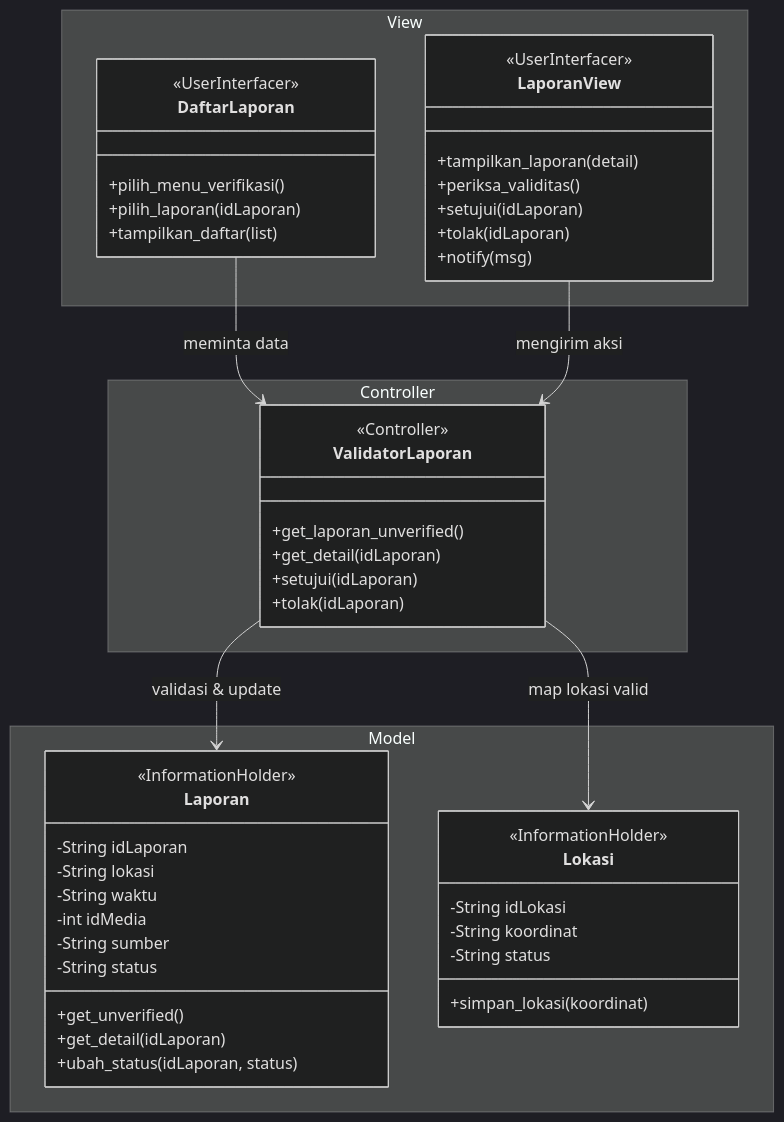
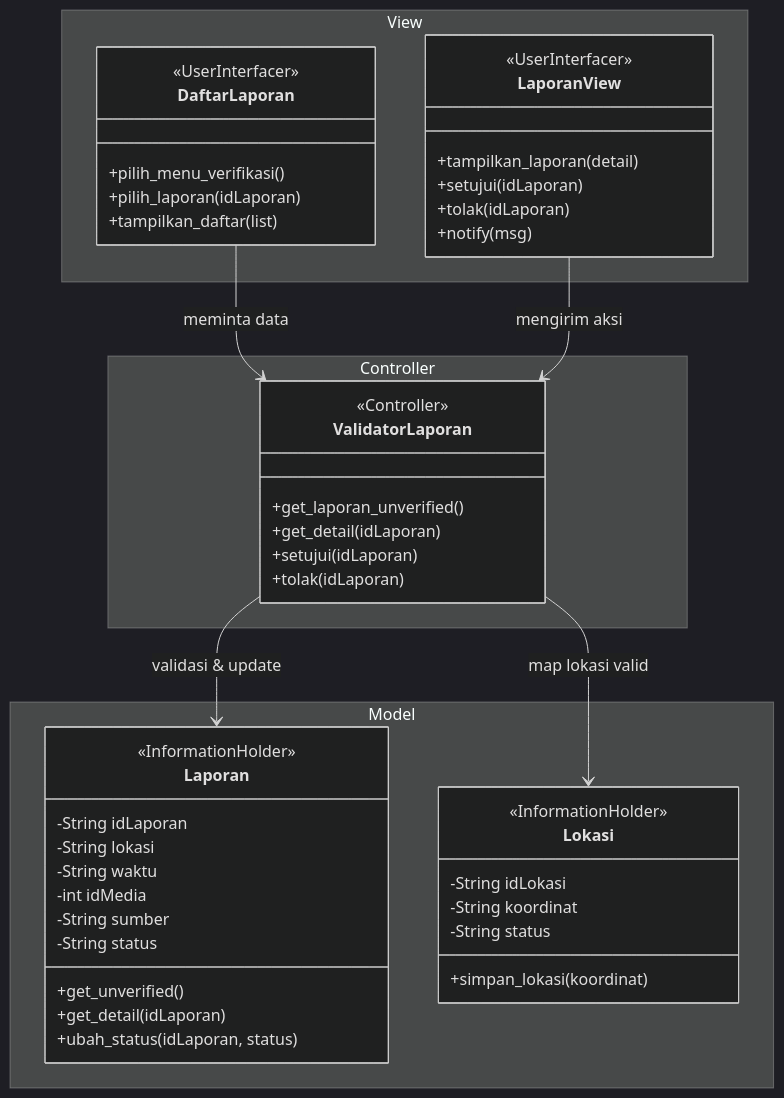
Diagram 12 of 15 in docs/M7/K03_G02_DPPL.md (star-scripter/IF2150-RPL-K03-G02), drawn with Mermaid (dark theme) before and after one commit. The commit also changed other lines of this file, not shown here.

Commit message:
fix: hapus periksa validitas

````diff
--- a/docs/M7/K03_G02_DPPL.md
+++ b/docs/M7/K03_G02_DPPL.md
@@ -687,56 +683,55 @@
 ```mermaid
 classDiagram
     namespace View {
         class DaftarLaporan {
             <<UserInterfacer>>
             +pilih_menu_verifikasi()
             +pilih_laporan(idLaporan)
             +tampilkan_daftar(list)
         }
         class LaporanView {
             <<UserInterfacer>>
             +tampilkan_laporan(detail)
-            +periksa_validitas()
             +setujui(idLaporan)
             +tolak(idLaporan)
             +notify(msg)
         }
     }
     
     namespace Controller {
         class ValidatorLaporan {
             <<Controller>>
             +get_laporan_unverified()
             +get_detail(idLaporan)
             +setujui(idLaporan)
             +tolak(idLaporan)
         }
     }
     
     namespace Model {
         class Laporan {
             <<InformationHolder>>
             -String idLaporan
             -String lokasi
             -String waktu
             -int idMedia
             -String sumber
             -String status
             +get_unverified()
             +get_detail(idLaporan)
             +ubah_status(idLaporan, status)
         }
         class Lokasi {
             <<InformationHolder>>
             -String idLokasi
             -String koordinat
             -String status
             +simpan_lokasi(koordinat)
         }
     }
 
     DaftarLaporan --> ValidatorLaporan : meminta data
     LaporanView --> ValidatorLaporan : mengirim aksi
     ValidatorLaporan --> Laporan : validasi & update
     ValidatorLaporan --> Lokasi : map lokasi valid
 ```
````
